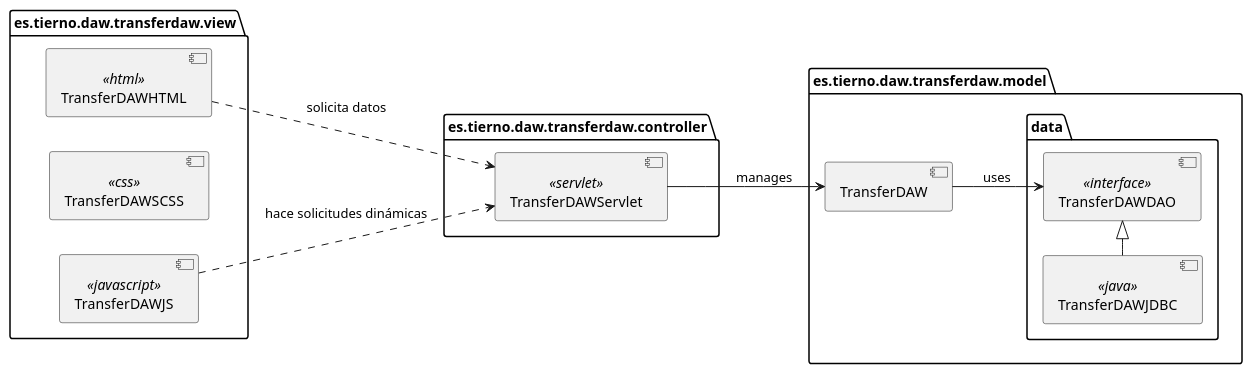
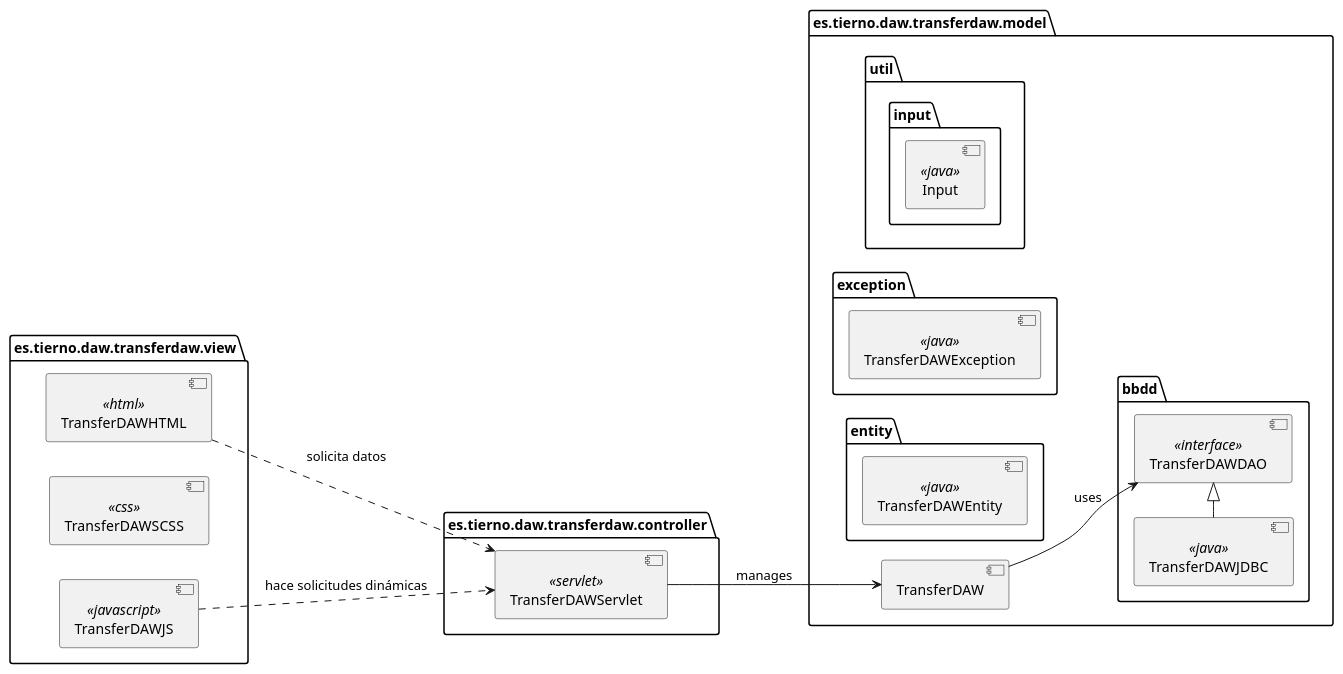
One commit to IR-Play88/TransferDAW changed the first of 2 diagrams in trasnferdaw/design/diagramas/diagrama_de_componentes/diagrama_de_componentes.pu. Above: the diagram before and after it, drawn with PlantUML. The commit also changed other lines of this file and 2 other files, not shown here.

```diff
--- a/trasnferdaw/design/diagramas/diagrama_de_componentes/diagrama_de_componentes.pu
+++ b/trasnferdaw/design/diagramas/diagrama_de_componentes/diagrama_de_componentes.pu
@@ -1,32 +1,48 @@
 @startuml Diagrama de componentes
 
 left to right direction
 
 package "es.tierno.daw.transferdaw.view" {
     component TransferDAWHTML <<html>>
     component TransferDAWSCSS <<css>>
     component TransferDAWJS <<javascript>>
 }
 
 package "es.tierno.daw.transferdaw.controller" {
     component TransferDAWServlet <<servlet>>
 }
 
 TransferDAWHTML ..> TransferDAWServlet : solicita datos
 TransferDAWJS ..> TransferDAWServlet : hace solicitudes dinámicas
 
 package "es.tierno.daw.transferdaw.model"{
- component TransferDAW
+    component TransferDAW
 
- package data { 
+    package bbdd {
+
         [TransferDAWJDBC] <<java>>
 
         [TransferDAWDAO] <<interface>>
     }
+
+    package util{
+        package input{
+            component Input <<java>>
+        }
+    }
+
+    package exception{
+        component TransferDAWException <<java>>
+    }
+
+    package entity{
+        component TransferDAWEntity <<java>>
+    }
+
 }
 
 TransferDAWServlet --> TransferDAW : manages
 TransferDAW --> TransferDAWDAO : uses
 TransferDAWJDBC -|> TransferDAWDAO
 
 @enduml
```
